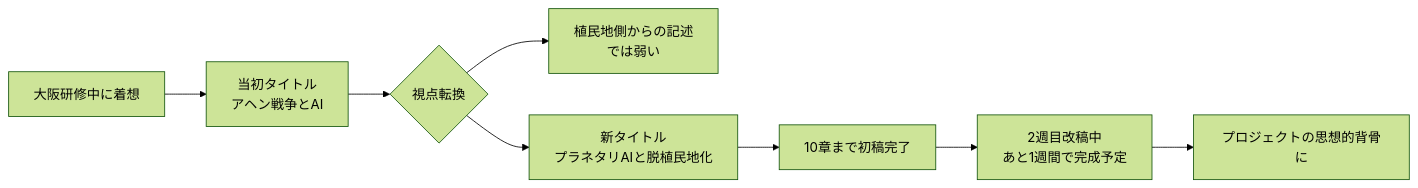
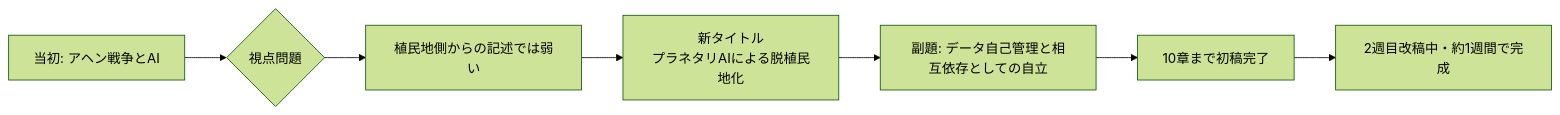
The second of 17 diagrams in プラネタリーラーニング運営MTG_20260604.md (VOMOYA/planetary-learning-mtg-reports), drawn with Mermaid (forest theme) before and after one commit. The commit also changed other lines of this file, not shown here.

````diff
--- a/プラネタリーラーニング運営MTG_20260604.md
+++ b/プラネタリーラーニング運営MTG_20260604.md
@@ -76,10 +102,9 @@
 ```mermaid
 graph LR
-  A[大阪研修中に着想] --> B[当初タイトル<br/>アヘン戦争とAI]
-  B --> C{視点転換}
-  C --> D[植民地側からの記述<br/>では弱い]
-  C --> E[新タイトル<br/>プラネタリAIと脱植民地化]
+  A[当初: アヘン戦争とAI] --> B{視点問題}
+  B --> C[植民地側からの記述では弱い]
+  C --> D[新タイトル<br/>プラネタリAIによる脱植民地化]
+  D --> E[副題: データ自己管理と相互依存としての自立]
   E --> F[10章まで初稿完了]
-  F --> G[2週目改稿中<br/>あと1週間で完成予定]
-  G --> H[プロジェクトの思想的背骨に]
+  F --> G[2週目改稿中・約1週間で完成]
 ```
````
